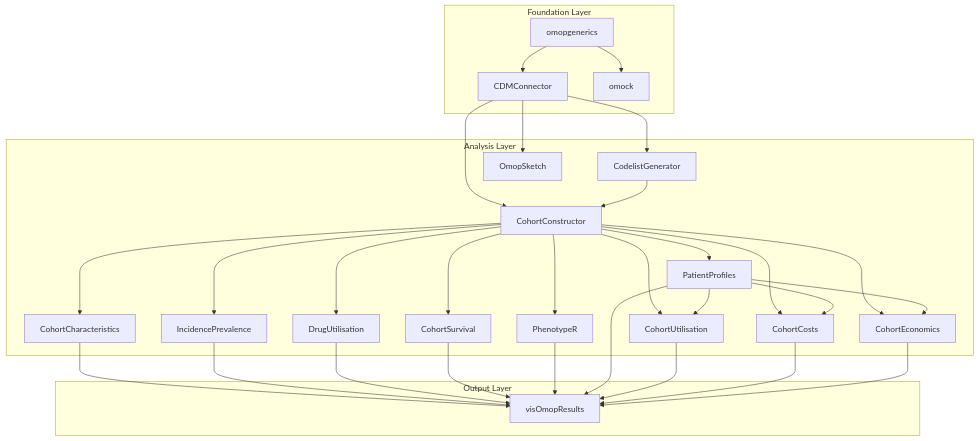
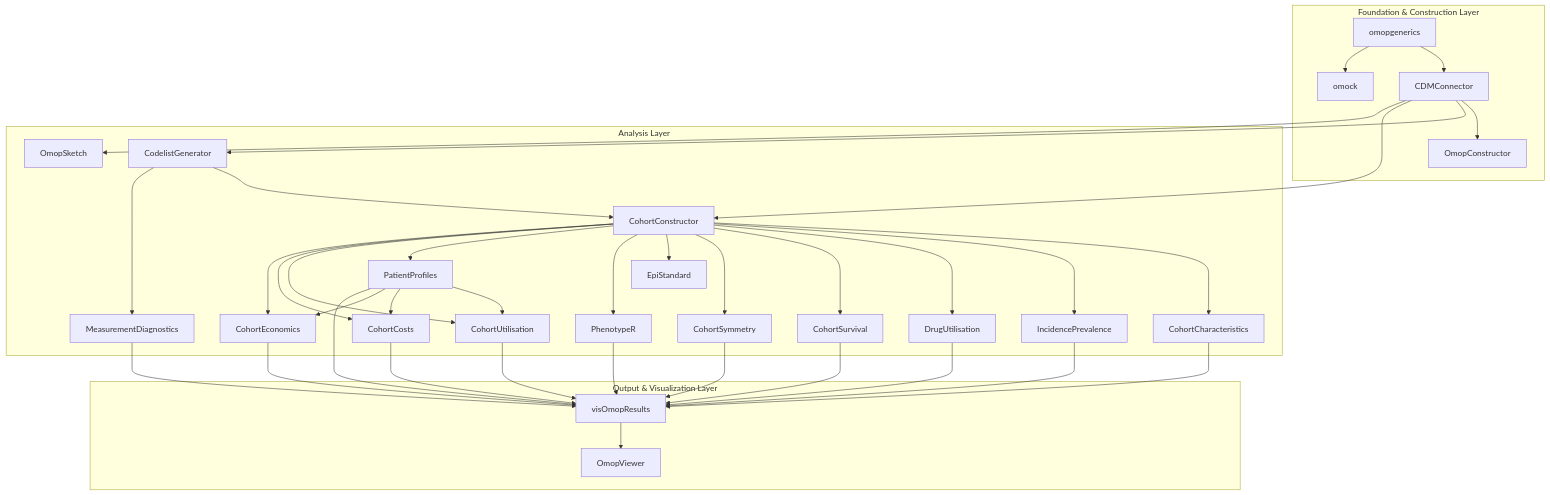
The diagram in docs/data_analysis/package_reference/index.md (iomedhealth/OmopAnalyticsGuide), drawn with Mermaid before and after one commit. The commit also changed other lines of this file and 16 other files, not shown here.

Commit message:
docs: add package references for CohortSymmetry, EpiStandard, MeasurementDiagnostics, OmopConstructor, and OmopViewer

````diff
--- a/docs/data_analysis/package_reference/index.md
+++ b/docs/data_analysis/package_reference/index.md
@@ -38,38 +38,45 @@
 ```mermaid
 graph TB
-    subgraph "Foundation Layer"
+    subgraph "Foundation & Construction Layer"
         A["omopgenerics"] --> B["CDMConnector"]
         A --> C["omock"]
+        B --> OC["OmopConstructor"]
     end
 
     subgraph "Analysis Layer"
         B --> D["CodelistGenerator"]
         B --> E["CohortConstructor"]
         B --> F["OmopSketch"]
         D --> E
         E --> G["CohortCharacteristics"]
         E --> H["IncidencePrevalence"]
         E --> I["DrugUtilisation"]
         E --> J["CohortSurvival"]
+        E --> CSYM["CohortSymmetry"]
+        E --> ES["EpiStandard"]
         E --> K["PhenotypeR"]
+        D --> MD["MeasurementDiagnostics"]
         E --> M["PatientProfiles"]
         E --> N1["CohortUtilisation"]
         E --> N2["CohortCosts"]
         E --> N3["CohortEconomics"]
         M --> N1
         M --> N2
         M --> N3
     end
 
-    subgraph "Output Layer"
+    subgraph "Output & Visualization Layer"
         G --> L["visOmopResults"]
         H --> L
         I --> L
         J --> L
+        CSYM --> L
         K --> L
         M --> L
+        MD --> L
         N1 --> L
         N2 --> L
         N3 --> L
+        L --> OV["OmopViewer"]
     end
 ```
````
